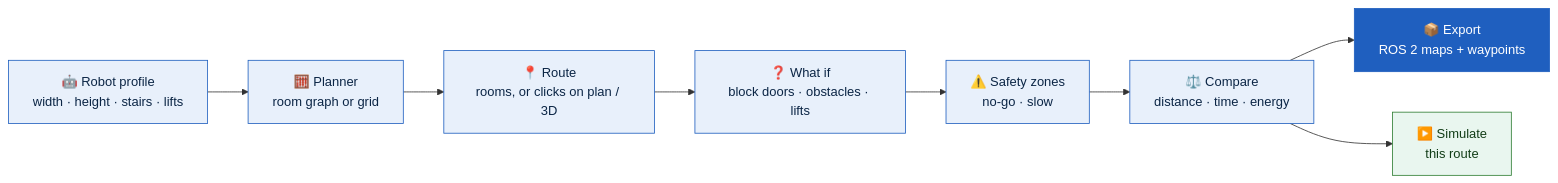
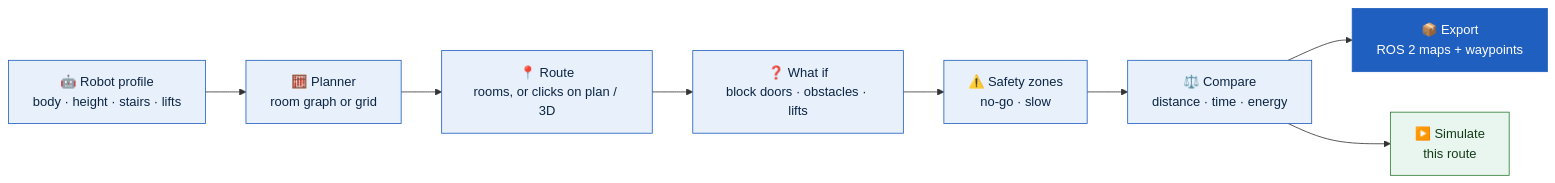
The second of 4 diagrams in README.md (isaddiq/BIM2Bot-Lab), drawn with Mermaid before and after one commit. The commit also changed other lines of this file and 4 other files, not shown here.

````diff
--- a/README.md
+++ b/README.md
@@ -210,14 +210,14 @@
 ```mermaid
 flowchart LR
-    A["🤖 Robot profile<br/>width · height · stairs · lifts"] --> B["🧮 Planner<br/>room graph or grid"]
+    A["🤖 Robot profile<br/>body · height · stairs · lifts"] --> B["🧮 Planner<br/>room graph or grid"]
     B --> C["📍 Route<br/>rooms, or clicks on plan / 3D"]
     C --> D["❓ What if<br/>block doors · obstacles · lifts"]
     D --> E["⚠️ Safety zones<br/>no-go · slow"]
     E --> F["⚖️ Compare<br/>distance · time · energy"]
     F --> G["📦 Export<br/>ROS 2 maps + waypoints"]
     F --> H["▶️ Simulate<br/>this route"]
     classDef s fill:#e8f0fb,stroke:#1f5fbf,color:#0b2545
     class A,B,C,D,E,F s
     style G fill:#1f5fbf,stroke:#1f5fbf,color:#ffffff
     style H fill:#e9f6ef,stroke:#2e7d32,color:#123d17
 ```
````
